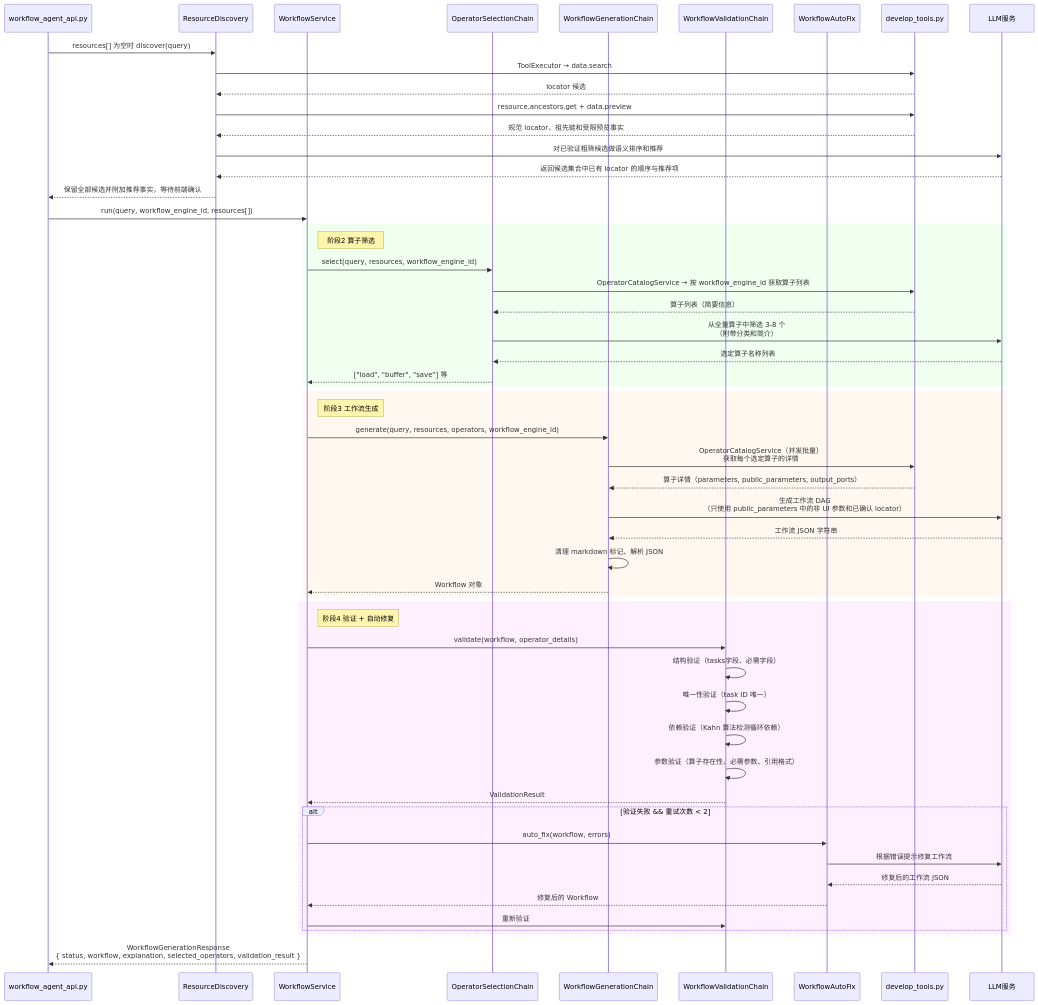
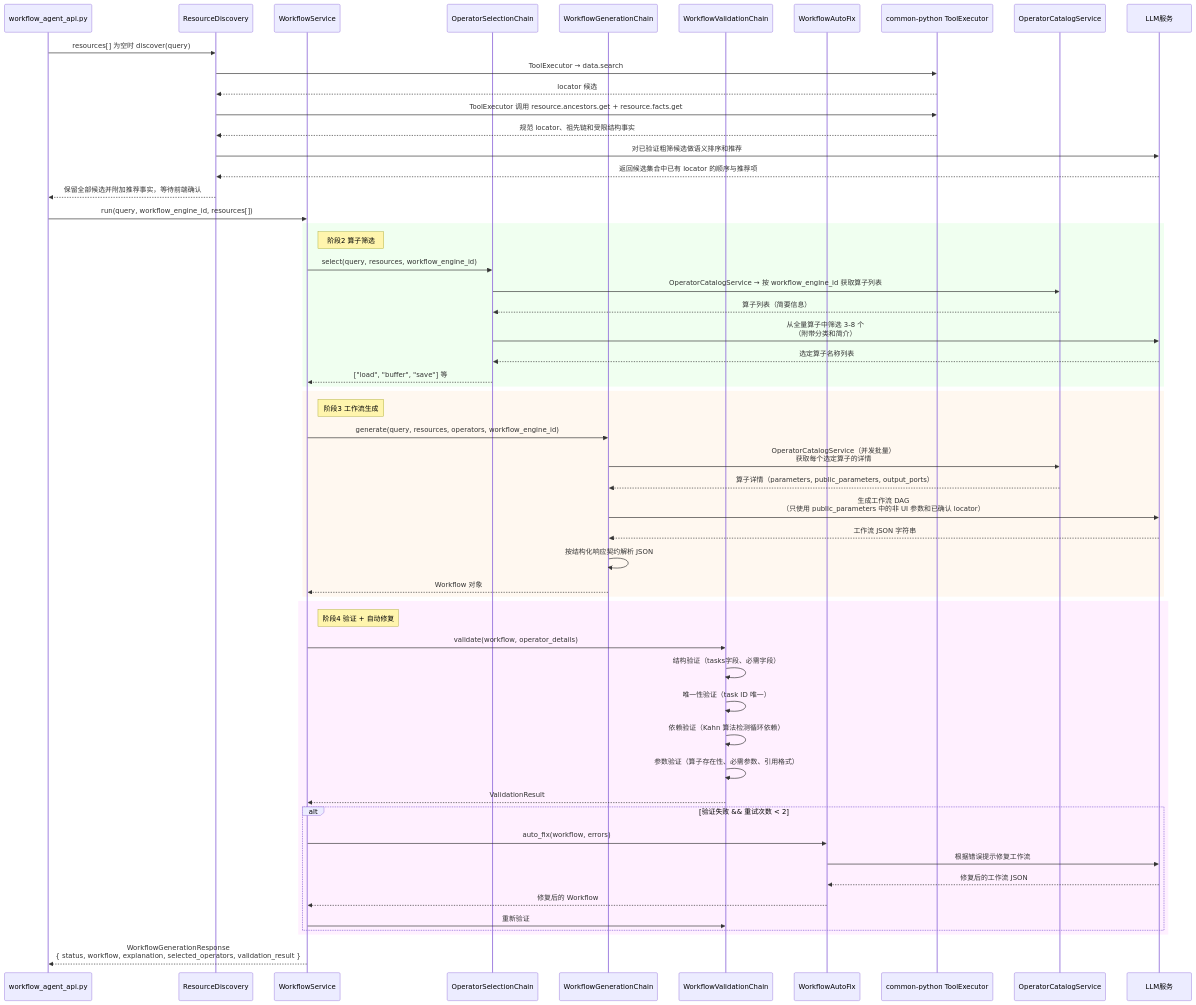
The third of 3 diagrams in copilot/docs/copilot-develop-调用关系说明.md (pampa0629/addp), drawn with Mermaid before and after one commit. The commit also changed other lines of this file and 55 other files, not shown here.

````diff
--- a/copilot/docs/copilot-develop-调用关系说明.md
+++ b/copilot/docs/copilot-develop-调用关系说明.md
@@ -157,63 +157,64 @@
 ```mermaid
 sequenceDiagram
     participant API as workflow_agent_api.py
     participant Discovery as ResourceDiscovery
     participant WorkflowService
     participant Sel as OperatorSelectionChain
     participant Gen as WorkflowGenerationChain
     participant Val as WorkflowValidationChain
     participant Fix as WorkflowAutoFix
-    participant DevTools as develop_tools.py
+    participant Executor as common-python ToolExecutor
+    participant Catalog as OperatorCatalogService
     participant LLM as LLM服务
 
     API->>Discovery: resources[] 为空时 discover(query)
-    Discovery->>DevTools: ToolExecutor → data.search
-    DevTools-->>Discovery: locator 候选
-    Discovery->>DevTools: resource.ancestors.get + data.preview
-    DevTools-->>Discovery: 规范 locator、祖先链和受限预览事实
+    Discovery->>Executor: ToolExecutor → data.search
+    Executor-->>Discovery: locator 候选
+    Discovery->>Executor: ToolExecutor 调用 resource.ancestors.get + resource.facts.get
+    Executor-->>Discovery: 规范 locator、祖先链和受限结构事实
     Discovery->>LLM: 对已验证粗筛候选做语义排序和推荐
     LLM-->>Discovery: 返回候选集合中已有 locator 的顺序与推荐项
     Discovery-->>API: 保留全部候选并附加推荐事实，等待前端确认
     API->>WorkflowService: run(query, workflow_engine_id, resources[])
 
     rect rgb(240,255,240)
         note right of WorkflowService: 阶段2 算子筛选
         WorkflowService->>Sel: select(query, resources, workflow_engine_id)
-        Sel->>DevTools: OperatorCatalogService → 按 workflow_engine_id 获取算子列表
-        DevTools-->>Sel: 算子列表（简要信息）
+        Sel->>Catalog: OperatorCatalogService → 按 workflow_engine_id 获取算子列表
+        Catalog-->>Sel: 算子列表（简要信息）
         Sel->>LLM: 从全量算子中筛选 3-8 个<br/>（附带分类和简介）
         LLM-->>Sel: 选定算子名称列表
         Sel-->>WorkflowService: ["load", "buffer", "save"] 等
     end
 
     rect rgb(255,248,240)
         note right of WorkflowService: 阶段3 工作流生成
         WorkflowService->>Gen: generate(query, resources, operators, workflow_engine_id)
-        Gen->>DevTools: OperatorCatalogService（并发批量）<br/>获取每个选定算子的详情
-        DevTools-->>Gen: 算子详情（parameters, public_parameters, output_ports）
+        Gen->>Catalog: OperatorCatalogService（并发批量）<br/>获取每个选定算子的详情
+        Catalog-->>Gen: 算子详情（parameters, public_parameters, output_ports）
         Gen->>LLM: 生成工作流 DAG<br/>（只使用 public_parameters 中的非 UI 参数和已确认 locator）
         LLM-->>Gen: 工作流 JSON 字符串
-        Gen->>Gen: 清理 markdown 标记、解析 JSON
+        Gen->>Gen: 按结构化响应契约解析 JSON
         Gen-->>WorkflowService: Workflow 对象
     end
 
     rect rgb(255,240,255)
         note right of WorkflowService: 阶段4 验证 + 自动修复
         WorkflowService->>Val: validate(workflow, operator_details)
         Val->>Val: 结构验证（tasks字段、必需字段）
         Val->>Val: 唯一性验证（task ID 唯一）
         Val->>Val: 依赖验证（Kahn 算法检测循环依赖）
         Val->>Val: 参数验证（算子存在性、必需参数、引用格式）
         Val-->>WorkflowService: ValidationResult
 
         alt 验证失败 && 重试次数 < 2
             WorkflowService->>Fix: auto_fix(workflow, errors)
             Fix->>LLM: 根据错误提示修复工作流
             LLM-->>Fix: 修复后的工作流 JSON
             Fix-->>WorkflowService: 修复后的 Workflow
             WorkflowService->>Val: 重新验证
         end
     end
 
     WorkflowService-->>API: WorkflowGenerationResponse<br/>{ status, workflow, explanation, selected_operators, validation_result }
 ```
````
